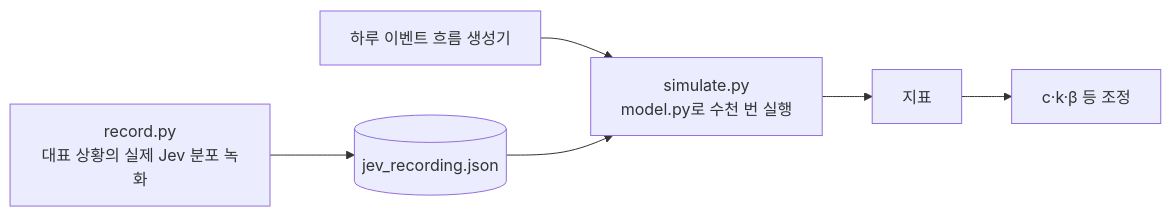
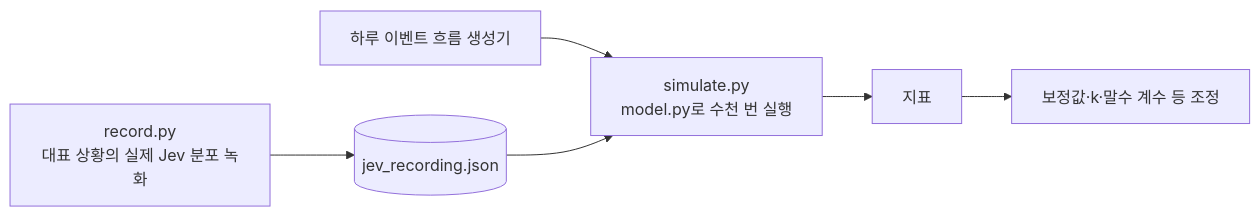
The second of 2 diagrams in docs/superpowers/specs/2026-10-15-brain-v2-design.md (HEOSEONGILml/AssistantChatBot), drawn with Mermaid before and after one commit. The commit also changed other lines of this file, not shown here.

Commit message:
docs(brain v2): 계수 이름 정리

````diff
--- a/docs/superpowers/specs/2026-10-15-brain-v2-design.md
+++ b/docs/superpowers/specs/2026-10-15-brain-v2-design.md
@@ -246,7 +246,7 @@
 ```mermaid
 flowchart LR
   REC[record.py<br>대표 상황의 실제 Jev 분포 녹화] --> FX[(jev_recording.json)]
   GEN[하루 이벤트 흐름 생성기] --> SIM[simulate.py<br>model.py로 수천 번 실행]
   FX --> SIM
-  SIM --> MET[지표] --> FIT[c·k·β 등 조정]
+  SIM --> MET[지표] --> FIT[보정값·k·말수 계수 등 조정]
 ```
````
